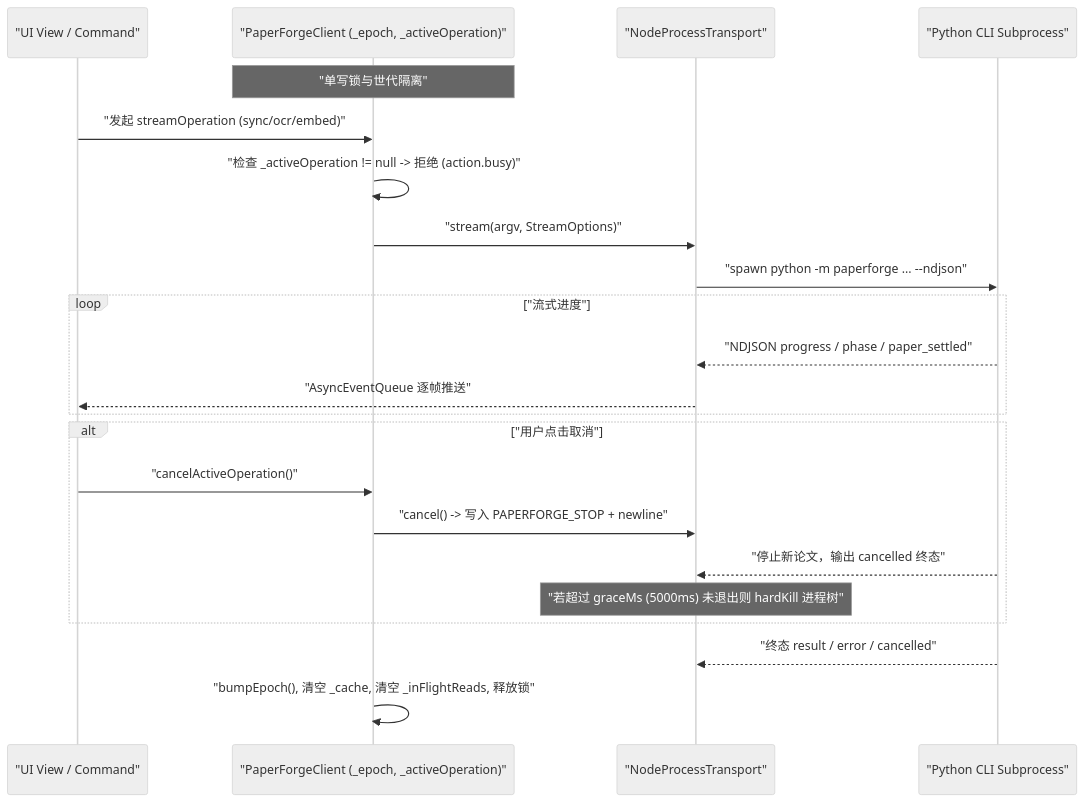
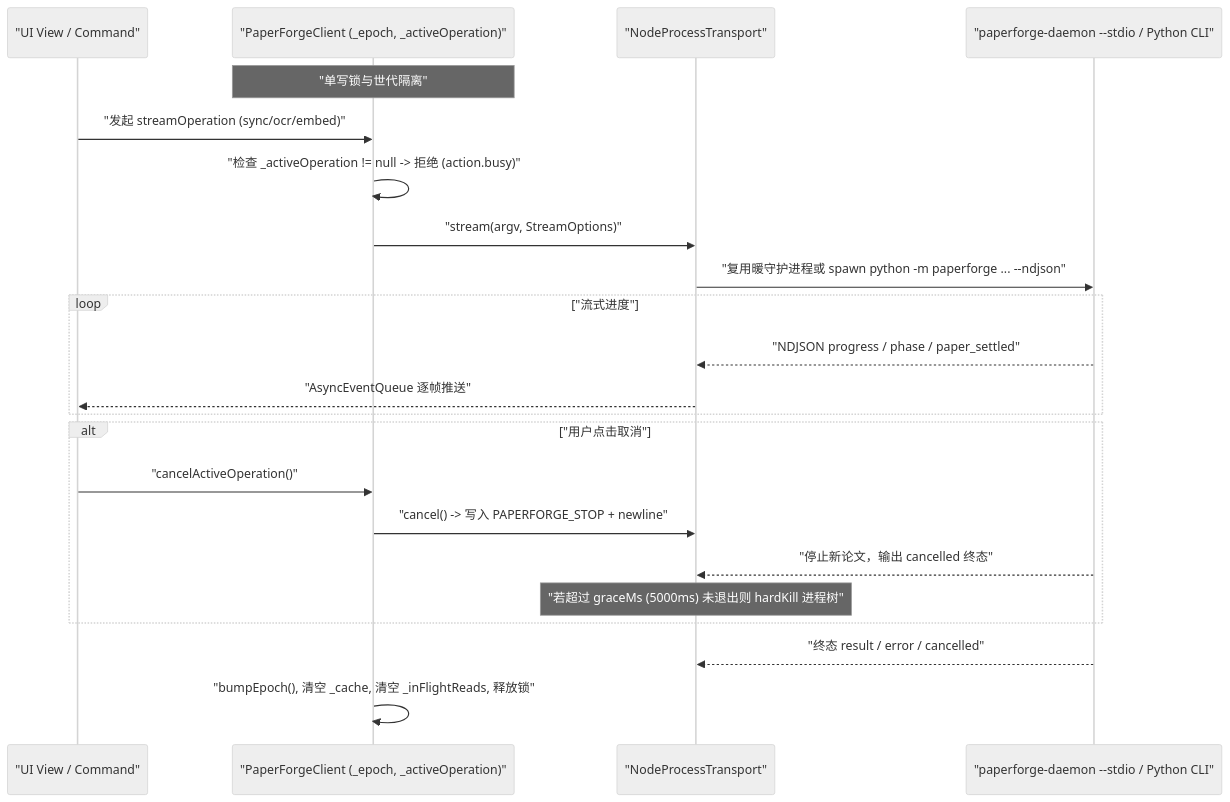
The diagram in docs/handbook/13-obsidian-plugin-and-views.md (LLLin000/PaperForge), drawn with Mermaid (neutral theme) before and after one commit. The commit also changed other lines of this file and 197 other files, not shown here.

````diff
--- a/docs/handbook/13-obsidian-plugin-and-views.md
+++ b/docs/handbook/13-obsidian-plugin-and-views.md
@@ -126,25 +131,25 @@
 ```mermaid
 sequenceDiagram
     participant View as "UI View / Command"
     participant Client as "PaperForgeClient (_epoch, _activeOperation)"
     participant Transport as "NodeProcessTransport"
-    participant Py as "Python CLI Subprocess"
+    participant Daemon as "paperforge-daemon --stdio / Python CLI"
 
     Note over Client: "单写锁与世代隔离"
     View->>Client: "发起 streamOperation (sync/ocr/embed)"
     Client->>Client: "检查 _activeOperation != null -> 拒绝 (action.busy)"
     Client->>Transport: "stream(argv, StreamOptions)"
-    Transport->>Py: "spawn python -m paperforge ... --ndjson"
+    Transport->>Daemon: "复用暖守护进程或 spawn python -m paperforge ... --ndjson"
     loop "流式进度"
-        Py-->>Transport: "NDJSON progress / phase / paper_settled"
+        Daemon-->>Transport: "NDJSON progress / phase / paper_settled"
         Transport-->>View: "AsyncEventQueue 逐帧推送"
     end
     alt "用户点击取消"
         View->>Client: "cancelActiveOperation()"
         Client->>Transport: "cancel() -> 写入 PAPERFORGE_STOP + newline"
-        Py-->>Transport: "停止新论文，输出 cancelled 终态"
+        Daemon-->>Transport: "停止新论文，输出 cancelled 终态"
         Note over Transport: "若超过 graceMs (5000ms) 未退出则 hardKill 进程树"
     end
-    Py-->>Transport: "终态 result / error / cancelled"
+    Daemon-->>Transport: "终态 result / error / cancelled"
     Client->>Client: "bumpEpoch(), 清空 _cache, 清空 _inFlightReads, 释放锁"
 ```
````
